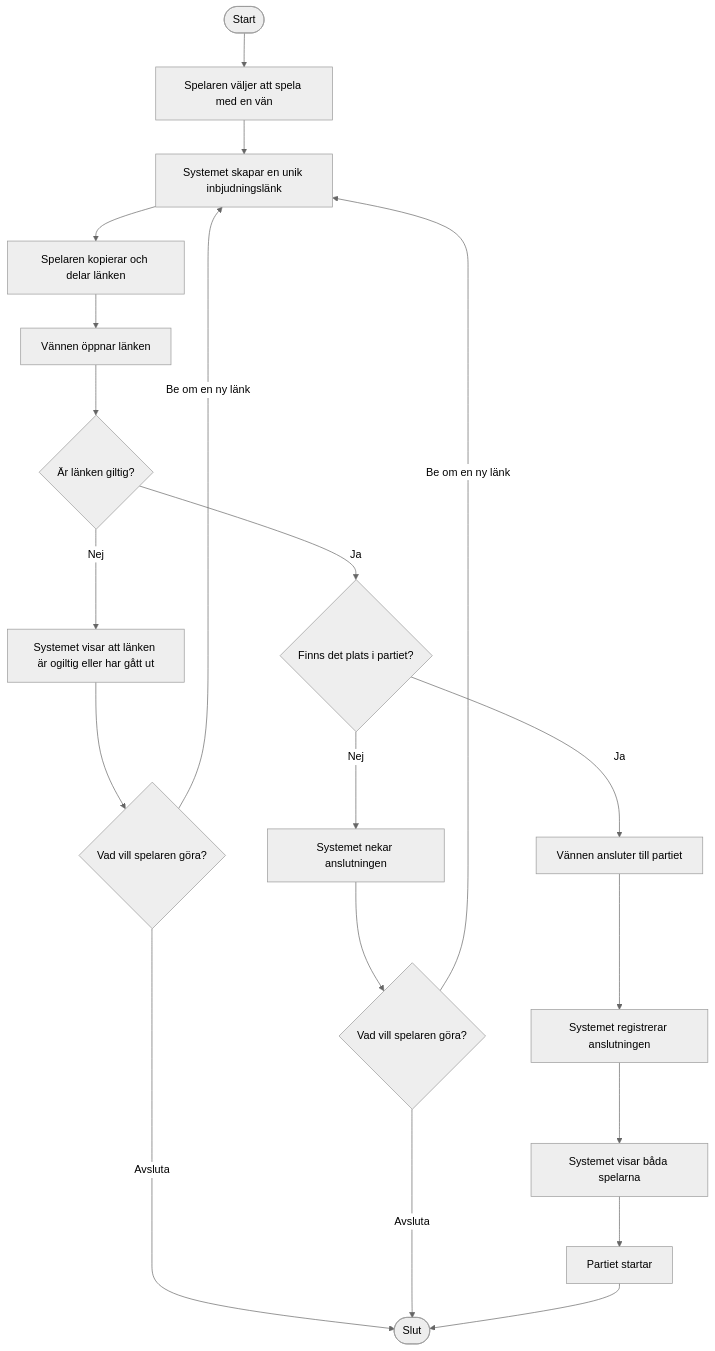
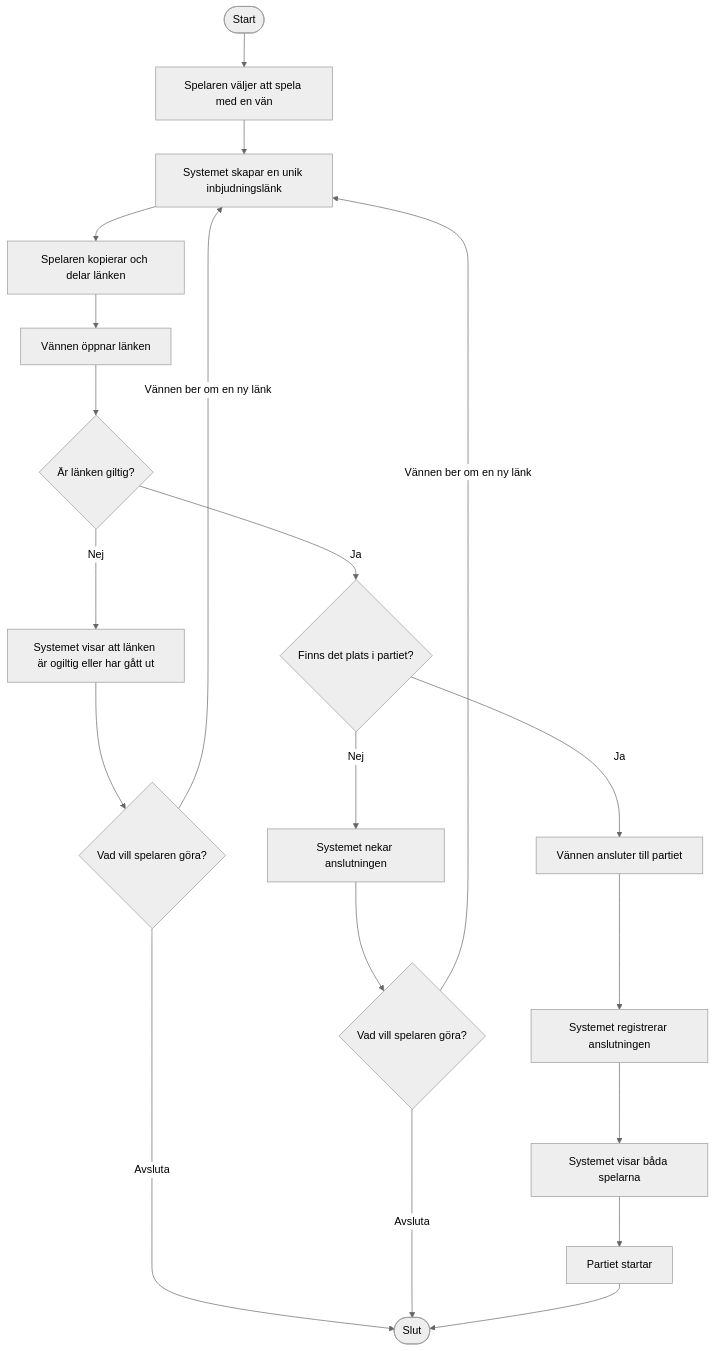
One commit to SebTns/Gomoku changed the diagram in docs/diagrams/uml/Bjuda_in_en_van.md. Above: the diagram before and after it, drawn with Mermaid (neutral theme).

Commit message:
Update link request phrasing in UML diagram

````diff
--- a/docs/diagrams/uml/Bjuda_in_en_van.md
+++ b/docs/diagrams/uml/Bjuda_in_en_van.md
@@ -3,36 +3,36 @@
 ```mermaid
 flowchart TD
 
     A([Start]) --> B[Spelaren väljer att spela med en vän]
 
     B --> C[Systemet skapar en unik inbjudningslänk]
     C --> D[Spelaren kopierar och delar länken]
     D --> E[Vännen öppnar länken]
 
     E --> F{Är länken giltig?}
 
     %% Ogiltig eller utgången länk
     F -- Nej --> G[Systemet visar att länken är ogiltig eller har gått ut]
     G --> H{Vad vill spelaren göra?}
 
     H -- Avsluta --> Z([Slut])
-    H -- Be om en ny länk --> C
+    H -- Vännen ber om en ny länk --> C
 
     %% Giltig länk
     F -- Ja --> I{Finns det plats i partiet?}
 
     %% Partiet är fullt
     I -- Nej --> J[Systemet nekar anslutningen]
     J --> K{Vad vill spelaren göra?}
 
     K -- Avsluta --> Z
-    K --  Be om en ny länk --> C
+    K --  Vännen ber om en ny länk --> C
 
     %% Vännen kan ansluta
     I -- Ja --> L[Vännen ansluter till partiet]
     L --> M[Systemet registrerar anslutningen]
     M --> N[Systemet visar båda spelarna]
     N --> O[Partiet startar]
 
     O --> Z
 ```
````
